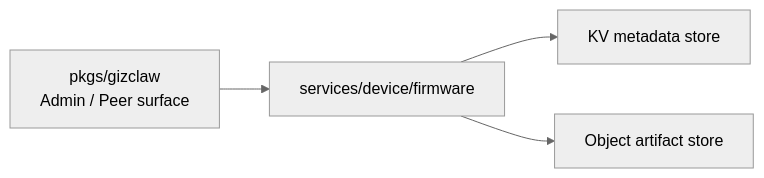
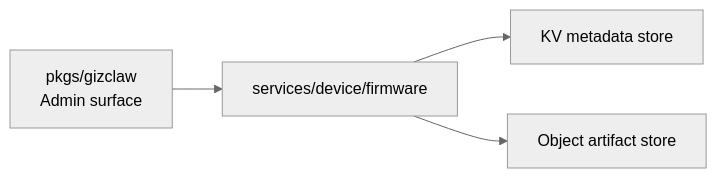
Before and after one commit to GizClaw/gizclaw: the diagram in guides/zh/developing/gizclaw/services/device.md, drawn with Mermaid (neutral theme). The commit also changed 121 other files, not shown here.

````diff
--- a/guides/zh/developing/gizclaw/services/device.md
+++ b/guides/zh/developing/gizclaw/services/device.md
@@ -25,6 +25,6 @@
 ```mermaid
 flowchart LR
-    GizClaw["pkgs/gizclaw<br/>Admin / Peer surface"] --> Firmware["services/device/firmware"]
+    GizClaw["pkgs/gizclaw<br/>Admin surface"] --> Firmware["services/device/firmware"]
     Firmware --> KV["KV metadata store"]
     Firmware --> Object["Object artifact store"]
 ```
````
